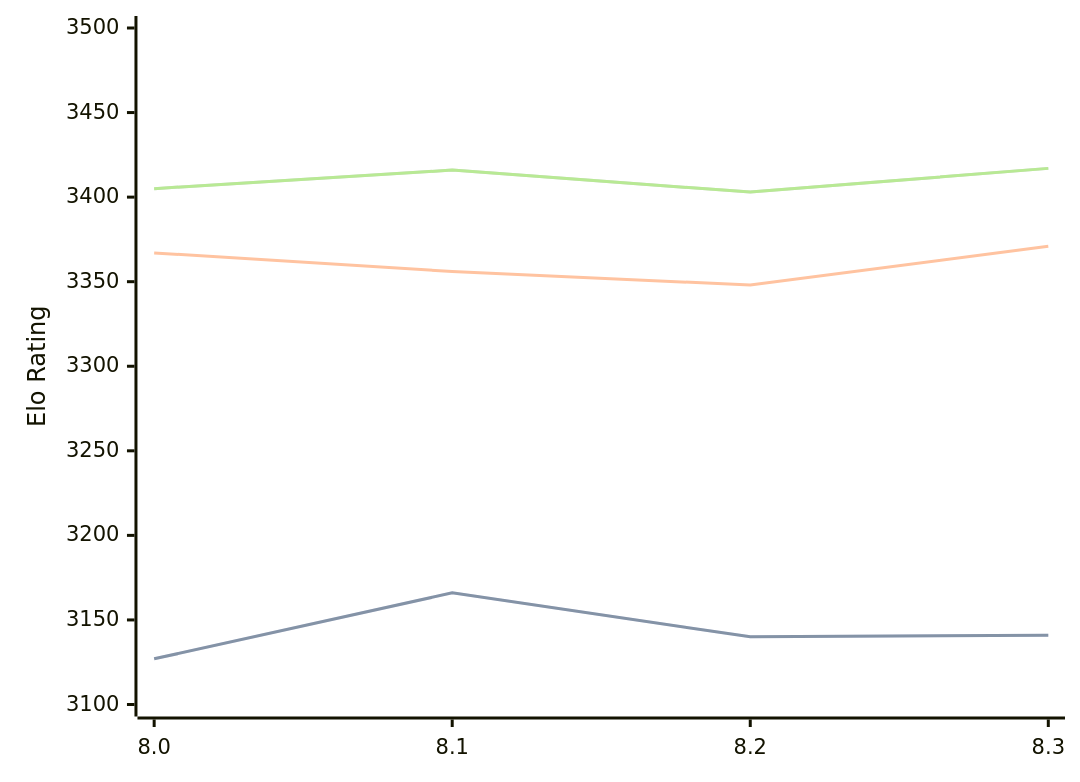
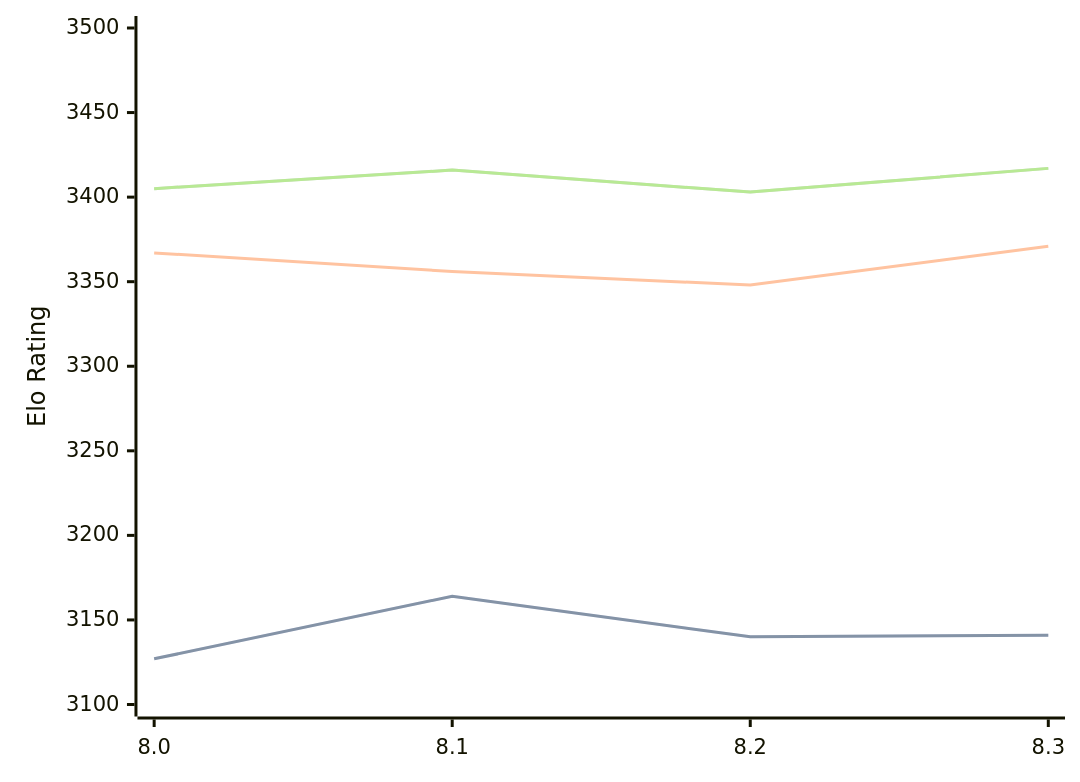
One commit to computer-chess-index/cci changed the third of 3 diagrams in engines/Alexander.md. Above: the diagram before and after it, drawn with Mermaid. The commit also changed other lines of this file, not shown here.

````diff
--- a/engines/Alexander.md
+++ b/engines/Alexander.md
@@ -81,11 +81,11 @@
 ```mermaid
 %%{init: {"theme":"base","themeVariables":{"seriesColors:['#a3a3a3','#222221','#faa371']}}}%%
 xychart-beta
   x-axis ["8.0", "8.1", "8.2", "8.3"]
   y-axis "Elo Rating" 3100 --> 3500
-  line "STC (8.0+0.08s)" [3127, 3166, 3140, 3141]
-  line "STC (8.0+0.08s)" [3127, 3166, 3140, 3141]
+  line "STC (8.0+0.08s)" [3127, 3164, 3140, 3141]
+  line "STC (8.0+0.08s)" [3127, 3164, 3140, 3141]
   line "LTC (60.0+0.60s)" [3367, 3356, 3348, 3371]
   line "VLTC (2m24s+1.12s)" [3405, 3416, 3403, 3417]
   line "VLTC (2m24s+1.12s)" [3405, 3416, 3403, 3417]
 ```
````
